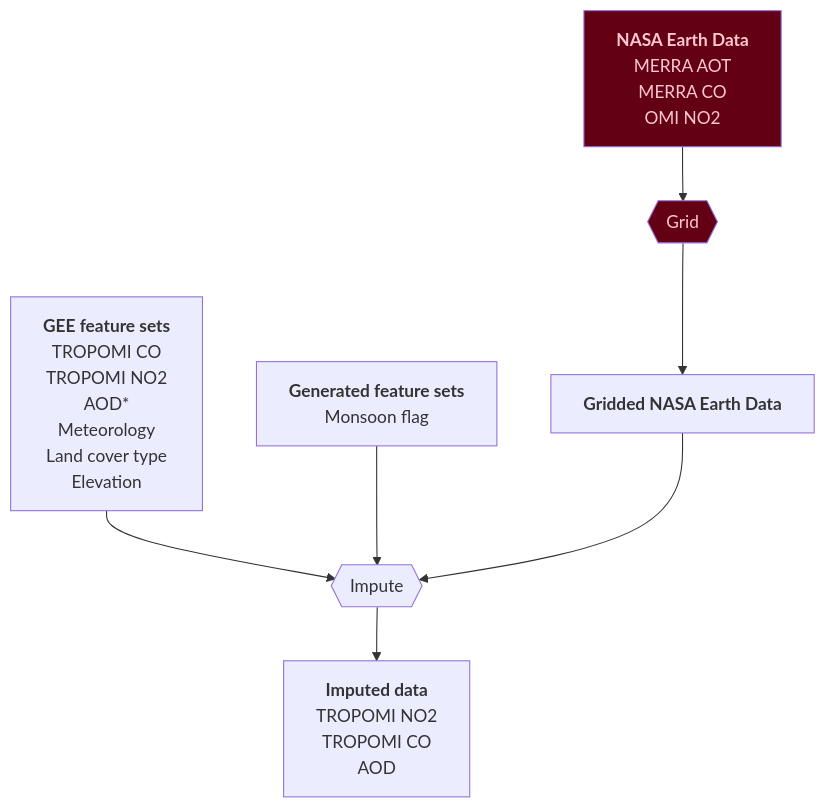
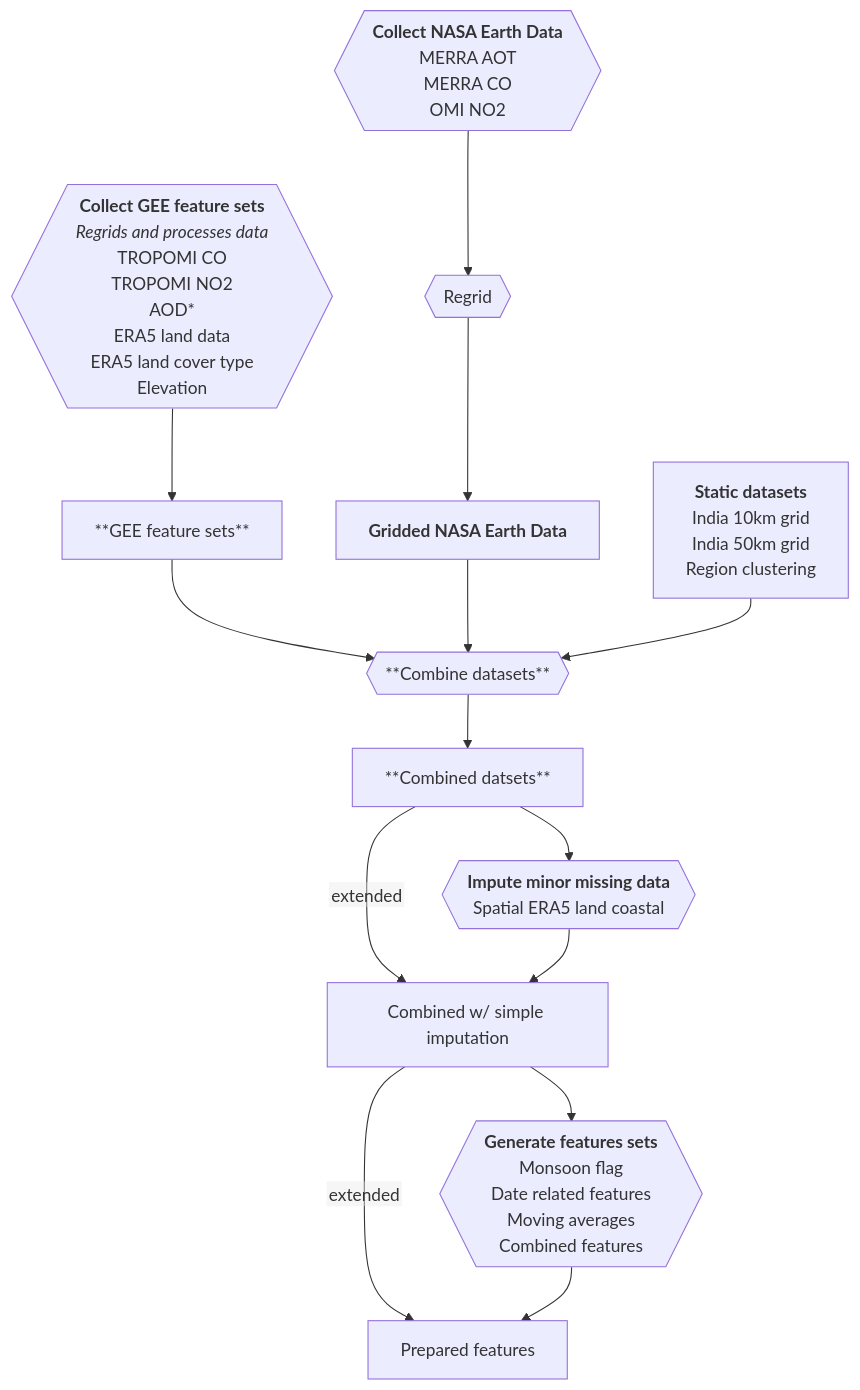
One commit to energyandcleanair/india_map changed the second of 4 diagrams in README.md. Above: the diagram before and after it, drawn with Mermaid. The commit also changed other lines of this file, not shown here.

Commit message:
Improve README

````diff
--- a/README.md
+++ b/README.md
@@ -104,54 +110,75 @@
 ```mermaid
 %%{init: {"flowchart": {"htmlLabels": false}} }%%
 flowchart TB
-  direction TB
+  collect_gee_feature_sets{{"`
+    **Collect GEE feature sets**
+    *Regrids and processes data*
+    TROPOMI CO
+    TROPOMI NO2
+    AOD*
+    ERA5 land data
+    ERA5 land cover type
+    Elevation
+  `"}}
 
-  to_impute["`
-    **NASA Earth Data**
+  gee_feature_sets["**GEE feature sets**"]
+
+  collect_ned{{"`
+    **Collect NASA Earth Data**
     MERRA AOT
     MERRA CO
     OMI NO2
-  `"]
-  grid_to_impute{{"Grid"}}
-  gridded_to_impute["`
+  `"}}
+  ned_regrid{{"Regrid"}}
+  ned_regridded["`
     **Gridded NASA Earth Data**
   `"]
 
-  gee_feature_sets["`
-    **GEE feature sets**
-    TROPOMI CO
-    TROPOMI NO2
-    AOD*
-    Meteorology
-    Land cover type
-    Elevation
+  static_datasets["`
+    **Static datasets**
+    India 10km grid
+    India 50km grid
+    Region clustering
   `"]
 
-  generated_feature_sets["`
-    **Generated feature sets**
+  combine_datasets{{"**Combine datasets**"}}
+
+  combined_datasets["**Combined datsets**"]
+
+  simple_imputation{{"`
+    **Impute minor missing data**
+    Spatial ERA5 land coastal
+  `"}}
+  simple_imputed_datasets["Combined w/ simple imputation"]
+
+  generate_features{{"`
+    **Generate features sets**
     Monsoon flag
-  `"]
+    Date related features
+    Moving averages
+    Combined features
+  `"}}
 
-  imputation{{Impute}}
+  prepared_features["Prepared features"]
 
-  imputed_data["`
-    **Imputed data**
-    TROPOMI NO2
-    TROPOMI CO
-    AOD
-  `"]
+  collect_gee_feature_sets --> gee_feature_sets
+  collect_ned --> ned_regrid --> ned_regridded
 
-  to_impute --> grid_to_impute --> gridded_to_impute
+  gee_feature_sets --> combine_datasets
+  ned_regridded --> combine_datasets
+  static_datasets --> combine_datasets
 
-  gee_feature_sets --> imputation
-  generated_feature_sets --> imputation
-  gridded_to_impute --> imputation
+  combine_datasets --> combined_datasets
 
+  combined_datasets --> simple_imputation
+  combined_datasets -->|extended| simple_imputed_datasets
+  simple_imputation --> simple_imputed_datasets
 
-  imputation --> imputed_data
+  simple_imputed_datasets --> generate_features
+  simple_imputed_datasets -->|extended| prepared_features
 
-  classDef missing fill:#630014,color:#ffc7d2;
+  generate_features --> prepared_features
 
-  class to_impute,grid_to_impute,feature_sets,grid_feature_sets missing
+  
 
 ```
````
